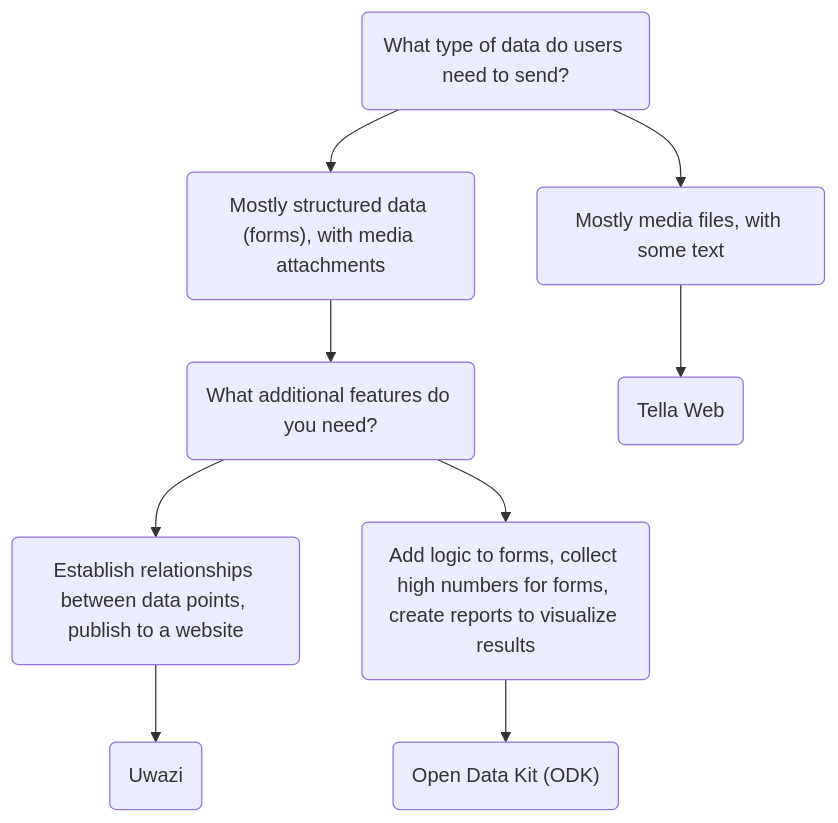
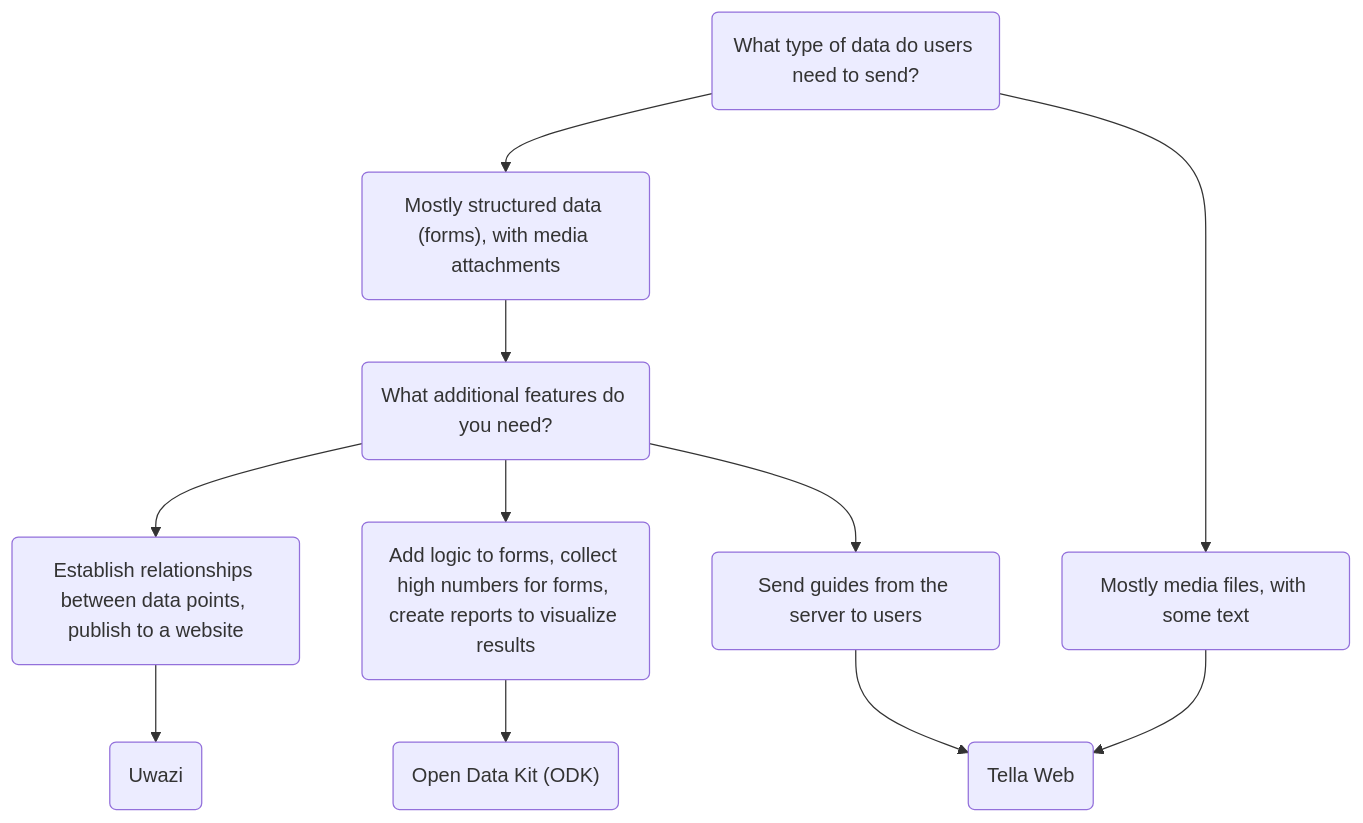
One commit to Horizontal-org/Tella-website changed the diagram in docs/For organizations/overview.md. Above: the diagram before and after it, drawn with Mermaid. The commit also changed other lines of this file and 2 other files, not shown here.

Commit message:
Documentation for the Resources features + draft release notes

````diff
--- a/docs/For organizations/overview.md
+++ b/docs/For organizations/overview.md
@@ -27,11 +27,13 @@
 ```mermaid
 graph TD;
     id1(What type of data do users need to send?) --> id2("Mostly structured data (forms), with media attachments");
     id1 --> id3("Mostly media files, with some text") ;
     id2 --> id4("What additional features do you need?");
     id3 --> id5("Tella Web");
     id4 --> id6("Establish relationships between data points, publish to a website")
     id4 --> id7("Add logic to forms, collect high numbers for forms, create reports to visualize results")
+    id4 --> id10("Send guides from the server to users")
     id6 --> id8("Uwazi")
     id7 --> id9("Open Data Kit (ODK)")
+    id10 -->id5
 ```
````
